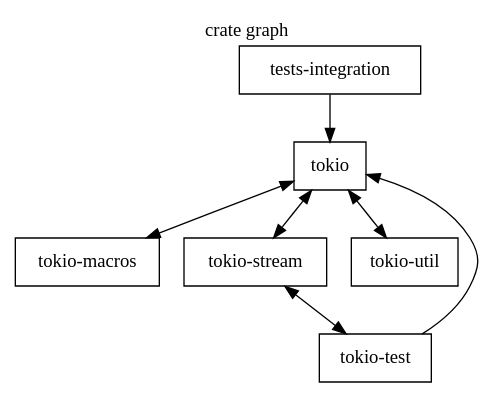
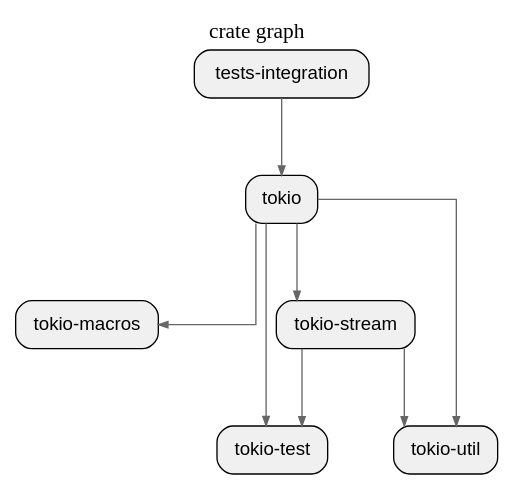
The diagram in sample/tokio-pagerank/depth_1_crate.dot (allenanswerzq/llmcc), drawn with Graphviz before and after one commit. The commit also changed 249 other files, not shown here.

```diff
--- a/sample/tokio-pagerank/depth_1_crate.dot
+++ b/sample/tokio-pagerank/depth_1_crate.dot
@@ -1,20 +1,31 @@
 digraph architecture {
-  node [shape=box];
+  // Layout settings
+  rankdir=TB;
+  ranksep=0.8;
+  nodesep=0.4;
+  splines=ortho;
+  concentrate=true;
+
+  node [shape=box, style="rounded,filled", fillcolor="#f0f0f0", fontname="Helvetica"];
+  edge [color="#666666", arrowsize=0.7];
 
   label="crate graph";
   labelloc=t;
+  fontsize=16;
+  fontname="Helvetica Bold";
 
   crate_tests_integration[label="tests-integration"];
   crate_tokio[label="tokio"];
   crate_tokio_macros[label="tokio-macros"];
   crate_tokio_stream[label="tokio-stream"];
   crate_tokio_test[label="tokio-test"];
   crate_tokio_util[label="tokio-util"];
 
   crate_tests_integration -> crate_tokio;
-  crate_tokio -> crate_tokio_macros [dir=both];
-  crate_tokio -> crate_tokio_stream [dir=both];
-  crate_tokio -> crate_tokio_util [dir=both];
-  crate_tokio_stream -> crate_tokio_test [dir=both];
-  crate_tokio_test -> crate_tokio;
+  crate_tokio -> crate_tokio_macros;
+  crate_tokio -> crate_tokio_stream;
+  crate_tokio -> crate_tokio_test;
+  crate_tokio -> crate_tokio_util;
+  crate_tokio_stream -> crate_tokio_test;
+  crate_tokio_stream -> crate_tokio_util;
 }
```
